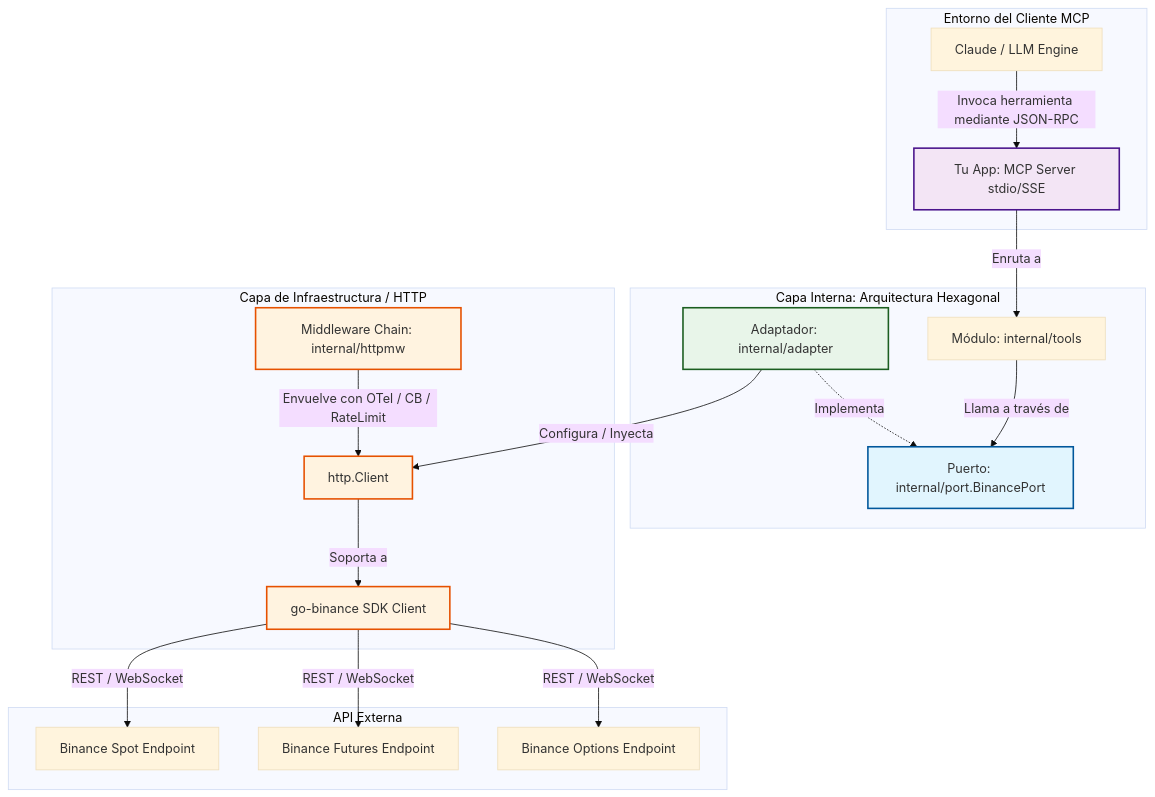
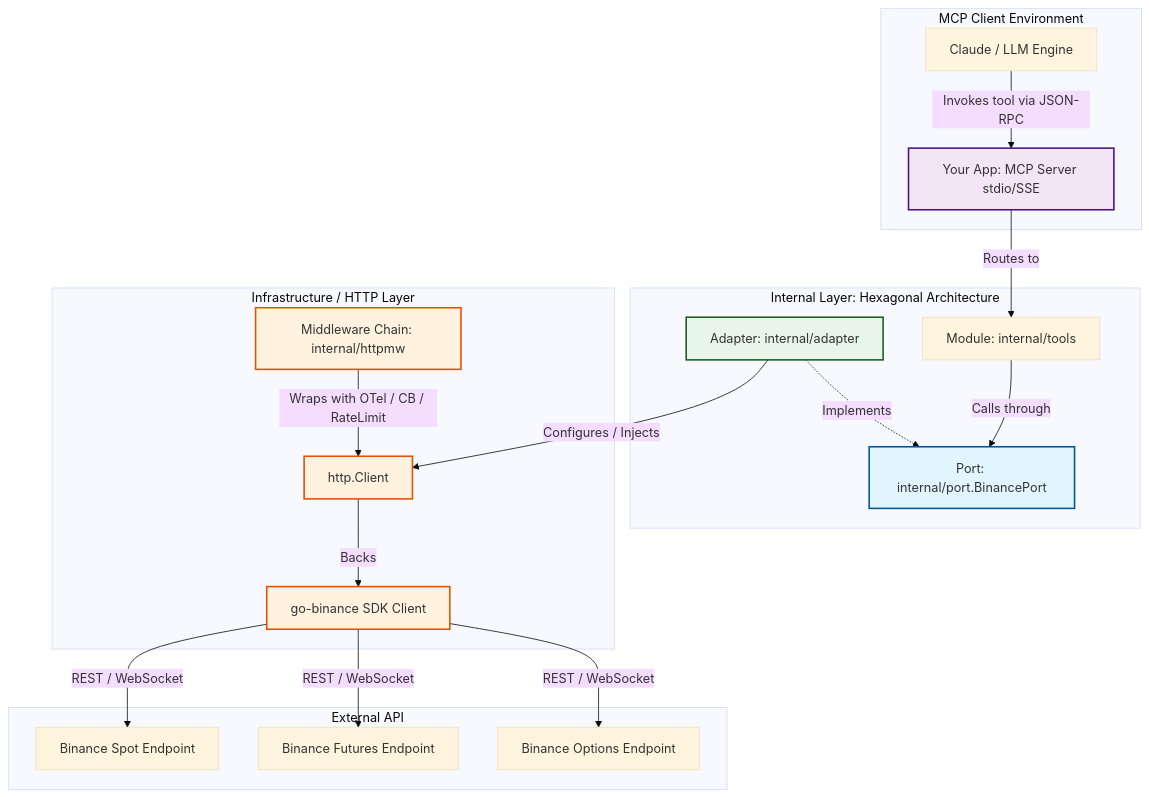
Before and after one commit to dmotta/binance-mcp-go: the diagram in README.md, drawn with Mermaid (base theme). The commit also changed other lines of this file, not shown here.

Commit message:
Update README.md to enhance English content and improve clarity in architecture and configuration sections

````diff
--- a/README.md
+++ b/README.md
@@ -16,37 +18,36 @@
 ```mermaid
 graph TD
-    subgraph Cliente_MCP [Entorno del Cliente MCP]
-        LLM[Claude / LLM Engine] -->|Invoca herramienta mediante JSON-RPC| MCPServer[Tu App: MCP Server stdio/SSE]
+    subgraph Cliente_MCP [MCP Client Environment]
+        LLM[Claude / LLM Engine] -->|Invokes tool via JSON-RPC| MCPServer[Your App: MCP Server stdio/SSE]
     end
 
-    subgraph Capa_Interna [Capa Interna: Arquitectura Hexagonal]
-        MCPServer -->|Enruta a| Tools[Módulo: internal/tools]
-        Tools -->|Llama a través de| Port[Puerto: internal/port.BinancePort]
+    subgraph Capa_Interna [Internal Layer: Hexagonal Architecture]
+        MCPServer -->|Routes to| Tools[Module: internal/tools]
+        Tools -->|Calls through| Port[Port: internal/port.BinancePort]
         
-        %% Corrección: El adaptador implementa el puerto (La flecha apunta al puerto)
-        Adapter[Adaptador: internal/adapter] -.->|Implementa| Port
+        Adapter[Adapter: internal/adapter] -.->|Implements| Port
     end
 
-    subgraph Middleware_HTTP [Capa de Infraestructura / HTTP]
-        Adapter -->|Configura / Inyecta| HttpClient[http.Client]
-        Httpmw[Middleware Chain: internal/httpmw] -->|Envuelve con OTel / CB / RateLimit| HttpClient
-        HttpClient -->|Soporta a| BinanceSDK[go-binance SDK Client]
+    subgraph Middleware_HTTP [Infrastructure / HTTP Layer]
+        Adapter -->|Configures / Injects| HttpClient[http.Client]
+        Httpmw[Middleware Chain: internal/httpmw] -->|Wraps with OTel / CB / RateLimit| HttpClient
+        HttpClient -->|Backs| BinanceSDK[go-binance SDK Client]
     end
 
-    subgraph API_Externa [API Externa]
+    subgraph API_Externa [External API]
         BinanceSDK -->|REST / WebSocket| SpotEnd[Binance Spot Endpoint]
         BinanceSDK -->|REST / WebSocket| FutEnd[Binance Futures Endpoint]
         BinanceSDK -->|REST / WebSocket| OptEnd[Binance Options Endpoint]
     end
 
-    %% Estilos visuales
+    %% Visual styles
     classDef core fill:#e1f5fe,stroke:#01579b,stroke-width:2px;
     classDef adapter fill:#e8f5e9,stroke:#1b5e20,stroke-width:2px;
     classDef client fill:#fff3e0,stroke:#e65100,stroke-width:2px;
     classDef mcp fill:#f3e5f5,stroke:#4a148c,stroke-width:2px;
     
     class Port core;
     class Adapter adapter;
     class Httpmw,HttpClient,BinanceSDK client;
     class MCPServer mcp;
 ```
````
